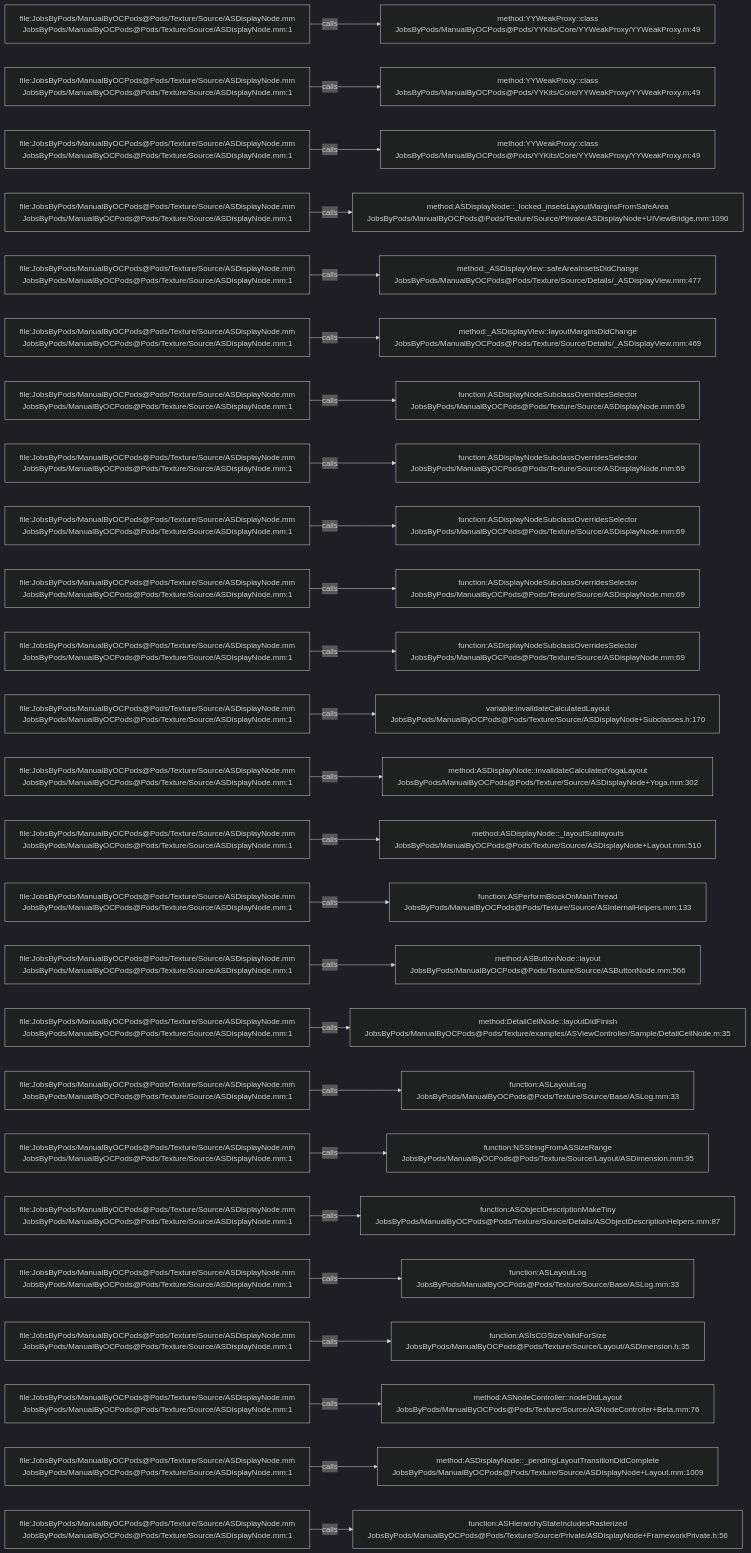
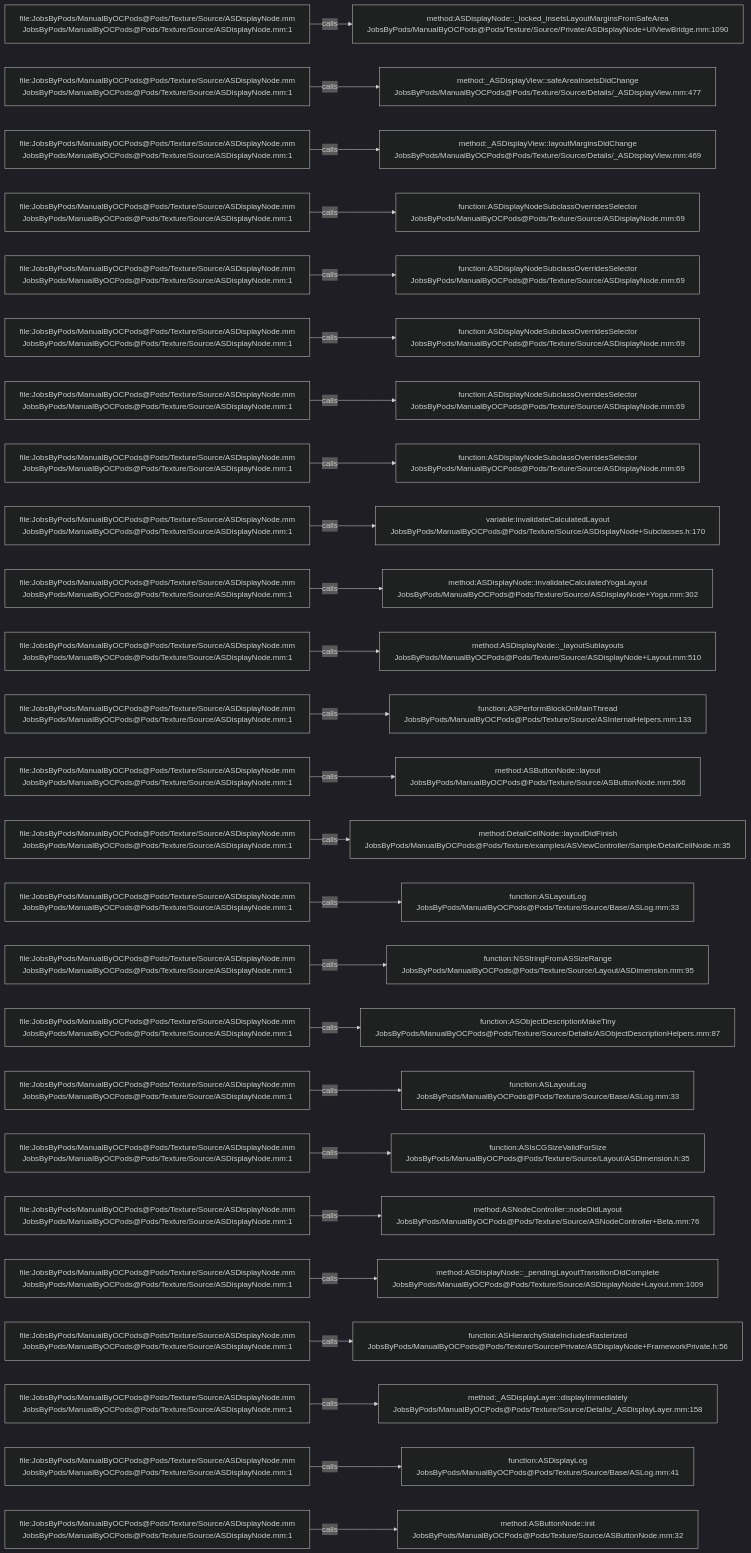
Before and after one commit to JobsKits/JobsOCBaseConfigDemo: the diagram in .codegraph/codegraph.md/graphs/calls-100.md, drawn with Mermaid (dark theme). The commit also changed 342 other files, not shown here.

````diff
--- a/.codegraph/codegraph.md/graphs/calls-100.md
+++ b/.codegraph/codegraph.md/graphs/calls-100.md
@@ -13,78 +13,78 @@
 ```mermaid
 flowchart LR
   S1["file:JobsByPods/ManualByOCPods@Pods/Texture/Source/ASDisplayNode.mm<br/>JobsByPods/ManualByOCPods@Pods/Texture/Source/ASDisplayNode.mm:1"]
-  T1["method:YYWeakProxy::class<br/>JobsByPods/ManualByOCPods@Pods/YYKits/Core/YYWeakProxy/YYWeakProxy.m:49"]
+  T1["method:ASDisplayNode::_locked_insetsLayoutMarginsFromSafeArea<br/>JobsByPods/ManualByOCPods@Pods/Texture/Source/Private/ASDisplayNode+UIViewBridge.mm:1090"]
   S1 -->|calls| T1
   S2["file:JobsByPods/ManualByOCPods@Pods/Texture/Source/ASDisplayNode.mm<br/>JobsByPods/ManualByOCPods@Pods/Texture/Source/ASDisplayNode.mm:1"]
-  T2["method:YYWeakProxy::class<br/>JobsByPods/ManualByOCPods@Pods/YYKits/Core/YYWeakProxy/YYWeakProxy.m:49"]
+  T2["method:_ASDisplayView::safeAreaInsetsDidChange<br/>JobsByPods/ManualByOCPods@Pods/Texture/Source/Details/_ASDisplayView.mm:477"]
   S2 -->|calls| T2
   S3["file:JobsByPods/ManualByOCPods@Pods/Texture/Source/ASDisplayNode.mm<br/>JobsByPods/ManualByOCPods@Pods/Texture/Source/ASDisplayNode.mm:1"]
-  T3["method:YYWeakProxy::class<br/>JobsByPods/ManualByOCPods@Pods/YYKits/Core/YYWeakProxy/YYWeakProxy.m:49"]
+  T3["method:_ASDisplayView::layoutMarginsDidChange<br/>JobsByPods/ManualByOCPods@Pods/Texture/Source/Details/_ASDisplayView.mm:469"]
   S3 -->|calls| T3
   S4["file:JobsByPods/ManualByOCPods@Pods/Texture/Source/ASDisplayNode.mm<br/>JobsByPods/ManualByOCPods@Pods/Texture/Source/ASDisplayNode.mm:1"]
-  T4["method:ASDisplayNode::_locked_insetsLayoutMarginsFromSafeArea<br/>JobsByPods/ManualByOCPods@Pods/Texture/Source/Private/ASDisplayNode+UIViewBridge.mm:1090"]
+  T4["function:ASDisplayNodeSubclassOverridesSelector<br/>JobsByPods/ManualByOCPods@Pods/Texture/Source/ASDisplayNode.mm:69"]
   S4 -->|calls| T4
   S5["file:JobsByPods/ManualByOCPods@Pods/Texture/Source/ASDisplayNode.mm<br/>JobsByPods/ManualByOCPods@Pods/Texture/Source/ASDisplayNode.mm:1"]
-  T5["method:_ASDisplayView::safeAreaInsetsDidChange<br/>JobsByPods/ManualByOCPods@Pods/Texture/Source/Details/_ASDisplayView.mm:477"]
+  T5["function:ASDisplayNodeSubclassOverridesSelector<br/>JobsByPods/ManualByOCPods@Pods/Texture/Source/ASDisplayNode.mm:69"]
   S5 -->|calls| T5
   S6["file:JobsByPods/ManualByOCPods@Pods/Texture/Source/ASDisplayNode.mm<br/>JobsByPods/ManualByOCPods@Pods/Texture/Source/ASDisplayNode.mm:1"]
-  T6["method:_ASDisplayView::layoutMarginsDidChange<br/>JobsByPods/ManualByOCPods@Pods/Texture/Source/Details/_ASDisplayView.mm:469"]
+  T6["function:ASDisplayNodeSubclassOverridesSelector<br/>JobsByPods/ManualByOCPods@Pods/Texture/Source/ASDisplayNode.mm:69"]
   S6 -->|calls| T6
   S7["file:JobsByPods/ManualByOCPods@Pods/Texture/Source/ASDisplayNode.mm<br/>JobsByPods/ManualByOCPods@Pods/Texture/Source/ASDisplayNode.mm:1"]
   T7["function:ASDisplayNodeSubclassOverridesSelector<br/>JobsByPods/ManualByOCPods@Pods/Texture/Source/ASDisplayNode.mm:69"]
   S7 -->|calls| T7
   S8["file:JobsByPods/ManualByOCPods@Pods/Texture/Source/ASDisplayNode.mm<br/>JobsByPods/ManualByOCPods@Pods/Texture/Source/ASDisplayNode.mm:1"]
   T8["function:ASDisplayNodeSubclassOverridesSelector<br/>JobsByPods/ManualByOCPods@Pods/Texture/Source/ASDisplayNode.mm:69"]
   S8 -->|calls| T8
   S9["file:JobsByPods/ManualByOCPods@Pods/Texture/Source/ASDisplayNode.mm<br/>JobsByPods/ManualByOCPods@Pods/Texture/Source/ASDisplayNode.mm:1"]
-  T9["function:ASDisplayNodeSubclassOverridesSelector<br/>JobsByPods/ManualByOCPods@Pods/Texture/Source/ASDisplayNode.mm:69"]
+  T9["variable:invalidateCalculatedLayout<br/>JobsByPods/ManualByOCPods@Pods/Texture/Source/ASDisplayNode+Subclasses.h:170"]
   S9 -->|calls| T9
   S10["file:JobsByPods/ManualByOCPods@Pods/Texture/Source/ASDisplayNode.mm<br/>JobsByPods/ManualByOCPods@Pods/Texture/Source/ASDisplayNode.mm:1"]
-  T10["function:ASDisplayNodeSubclassOverridesSelector<br/>JobsByPods/ManualByOCPods@Pods/Texture/Source/ASDisplayNode.mm:69"]
+  T10["method:ASDisplayNode::invalidateCalculatedYogaLayout<br/>JobsByPods/ManualByOCPods@Pods/Texture/Source/ASDisplayNode+Yoga.mm:302"]
   S10 -->|calls| T10
   S11["file:JobsByPods/ManualByOCPods@Pods/Texture/Source/ASDisplayNode.mm<br/>JobsByPods/ManualByOCPods@Pods/Texture/Source/ASDisplayNode.mm:1"]
-  T11["function:ASDisplayNodeSubclassOverridesSelector<br/>JobsByPods/ManualByOCPods@Pods/Texture/Source/ASDisplayNode.mm:69"]
+  T11["method:ASDisplayNode::_layoutSublayouts<br/>JobsByPods/ManualByOCPods@Pods/Texture/Source/ASDisplayNode+Layout.mm:510"]
   S11 -->|calls| T11
   S12["file:JobsByPods/ManualByOCPods@Pods/Texture/Source/ASDisplayNode.mm<br/>JobsByPods/ManualByOCPods@Pods/Texture/Source/ASDisplayNode.mm:1"]
-  T12["variable:invalidateCalculatedLayout<br/>JobsByPods/ManualByOCPods@Pods/Texture/Source/ASDisplayNode+Subclasses.h:170"]
+  T12["function:ASPerformBlockOnMainThread<br/>JobsByPods/ManualByOCPods@Pods/Texture/Source/ASInternalHelpers.mm:133"]
   S12 -->|calls| T12
   S13["file:JobsByPods/ManualByOCPods@Pods/Texture/Source/ASDisplayNode.mm<br/>JobsByPods/ManualByOCPods@Pods/Texture/Source/ASDisplayNode.mm:1"]
-  T13["method:ASDisplayNode::invalidateCalculatedYogaLayout<br/>JobsByPods/ManualByOCPods@Pods/Texture/Source/ASDisplayNode+Yoga.mm:302"]
+  T13["method:ASButtonNode::layout<br/>JobsByPods/ManualByOCPods@Pods/Texture/Source/ASButtonNode.mm:566"]
   S13 -->|calls| T13
   S14["file:JobsByPods/ManualByOCPods@Pods/Texture/Source/ASDisplayNode.mm<br/>JobsByPods/ManualByOCPods@Pods/Texture/Source/ASDisplayNode.mm:1"]
-  T14["method:ASDisplayNode::_layoutSublayouts<br/>JobsByPods/ManualByOCPods@Pods/Texture/Source/ASDisplayNode+Layout.mm:510"]
+  T14["method:DetailCellNode::layoutDidFinish<br/>JobsByPods/ManualByOCPods@Pods/Texture/examples/ASViewController/Sample/DetailCellNode.m:35"]
   S14 -->|calls| T14
   S15["file:JobsByPods/ManualByOCPods@Pods/Texture/Source/ASDisplayNode.mm<br/>JobsByPods/ManualByOCPods@Pods/Texture/Source/ASDisplayNode.mm:1"]
-  T15["function:ASPerformBlockOnMainThread<br/>JobsByPods/ManualByOCPods@Pods/Texture/Source/ASInternalHelpers.mm:133"]
+  T15["function:ASLayoutLog<br/>JobsByPods/ManualByOCPods@Pods/Texture/Source/Base/ASLog.mm:33"]
   S15 -->|calls| T15
   S16["file:JobsByPods/ManualByOCPods@Pods/Texture/Source/ASDisplayNode.mm<br/>JobsByPods/ManualByOCPods@Pods/Texture/Source/ASDisplayNode.mm:1"]
-  T16["method:ASButtonNode::layout<br/>JobsByPods/ManualByOCPods@Pods/Texture/Source/ASButtonNode.mm:566"]
+  T16["function:NSStringFromASSizeRange<br/>JobsByPods/ManualByOCPods@Pods/Texture/Source/Layout/ASDimension.mm:95"]
   S16 -->|calls| T16
   S17["file:JobsByPods/ManualByOCPods@Pods/Texture/Source/ASDisplayNode.mm<br/>JobsByPods/ManualByOCPods@Pods/Texture/Source/ASDisplayNode.mm:1"]
-  T17["method:DetailCellNode::layoutDidFinish<br/>JobsByPods/ManualByOCPods@Pods/Texture/examples/ASViewController/Sample/DetailCellNode.m:35"]
+  T17["function:ASObjectDescriptionMakeTiny<br/>JobsByPods/ManualByOCPods@Pods/Texture/Source/Details/ASObjectDescriptionHelpers.mm:87"]
   S17 -->|calls| T17
   S18["file:JobsByPods/ManualByOCPods@Pods/Texture/Source/ASDisplayNode.mm<br/>JobsByPods/ManualByOCPods@Pods/Texture/Source/ASDisplayNode.mm:1"]
   T18["function:ASLayoutLog<br/>JobsByPods/ManualByOCPods@Pods/Texture/Source/Base/ASLog.mm:33"]
   S18 -->|calls| T18
   S19["file:JobsByPods/ManualByOCPods@Pods/Texture/Source/ASDisplayNode.mm<br/>JobsByPods/ManualByOCPods@Pods/Texture/Source/ASDisplayNode.mm:1"]
-  T19["function:NSStringFromASSizeRange<br/>JobsByPods/ManualByOCPods@Pods/Texture/Source/Layout/ASDimension.mm:95"]
+  T19["function:ASIsCGSizeValidForSize<br/>JobsByPods/ManualByOCPods@Pods/Texture/Source/Layout/ASDimension.h:35"]
   S19 -->|calls| T19
   S20["file:JobsByPods/ManualByOCPods@Pods/Texture/Source/ASDisplayNode.mm<br/>JobsByPods/ManualByOCPods@Pods/Texture/Source/ASDisplayNode.mm:1"]
-  T20["function:ASObjectDescriptionMakeTiny<br/>JobsByPods/ManualByOCPods@Pods/Texture/Source/Details/ASObjectDescriptionHelpers.mm:87"]
+  T20["method:ASNodeController::nodeDidLayout<br/>JobsByPods/ManualByOCPods@Pods/Texture/Source/ASNodeController+Beta.mm:76"]
   S20 -->|calls| T20
   S21["file:JobsByPods/ManualByOCPods@Pods/Texture/Source/ASDisplayNode.mm<br/>JobsByPods/ManualByOCPods@Pods/Texture/Source/ASDisplayNode.mm:1"]
-  T21["function:ASLayoutLog<br/>JobsByPods/ManualByOCPods@Pods/Texture/Source/Base/ASLog.mm:33"]
+  T21["method:ASDisplayNode::_pendingLayoutTransitionDidComplete<br/>JobsByPods/ManualByOCPods@Pods/Texture/Source/ASDisplayNode+Layout.mm:1009"]
   S21 -->|calls| T21
   S22["file:JobsByPods/ManualByOCPods@Pods/Texture/Source/ASDisplayNode.mm<br/>JobsByPods/ManualByOCPods@Pods/Texture/Source/ASDisplayNode.mm:1"]
-  T22["function:ASIsCGSizeValidForSize<br/>JobsByPods/ManualByOCPods@Pods/Texture/Source/Layout/ASDimension.h:35"]
+  T22["function:ASHierarchyStateIncludesRasterized<br/>JobsByPods/ManualByOCPods@Pods/Texture/Source/Private/ASDisplayNode+FrameworkPrivate.h:56"]
   S22 -->|calls| T22
   S23["file:JobsByPods/ManualByOCPods@Pods/Texture/Source/ASDisplayNode.mm<br/>JobsByPods/ManualByOCPods@Pods/Texture/Source/ASDisplayNode.mm:1"]
-  T23["method:ASNodeController::nodeDidLayout<br/>JobsByPods/ManualByOCPods@Pods/Texture/Source/ASNodeController+Beta.mm:76"]
+  T23["method:_ASDisplayLayer::displayImmediately<br/>JobsByPods/ManualByOCPods@Pods/Texture/Source/Details/_ASDisplayLayer.mm:158"]
   S23 -->|calls| T23
   S24["file:JobsByPods/ManualByOCPods@Pods/Texture/Source/ASDisplayNode.mm<br/>JobsByPods/ManualByOCPods@Pods/Texture/Source/ASDisplayNode.mm:1"]
-  T24["method:ASDisplayNode::_pendingLayoutTransitionDidComplete<br/>JobsByPods/ManualByOCPods@Pods/Texture/Source/ASDisplayNode+Layout.mm:1009"]
+  T24["function:ASDisplayLog<br/>JobsByPods/ManualByOCPods@Pods/Texture/Source/Base/ASLog.mm:41"]
   S24 -->|calls| T24
   S25["file:JobsByPods/ManualByOCPods@Pods/Texture/Source/ASDisplayNode.mm<br/>JobsByPods/ManualByOCPods@Pods/Texture/Source/ASDisplayNode.mm:1"]
-  T25["function:ASHierarchyStateIncludesRasterized<br/>JobsByPods/ManualByOCPods@Pods/Texture/Source/Private/ASDisplayNode+FrameworkPrivate.h:56"]
+  T25["method:ASButtonNode::init<br/>JobsByPods/ManualByOCPods@Pods/Texture/Source/ASButtonNode.mm:32"]
   S25 -->|calls| T25
 ```
````
